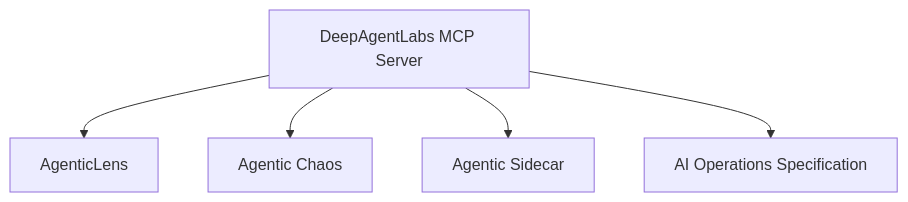
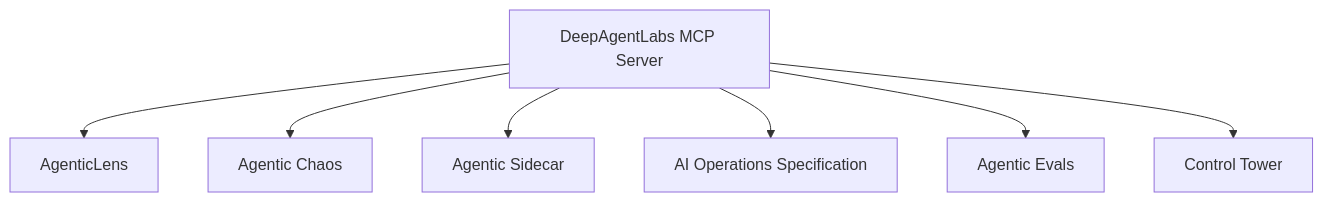
One commit to DeepAgentLabs/mcp-server changed the diagram in docs/integrations.md. Above: the diagram before and after it, drawn with Mermaid. The commit also changed other lines of this file and 7 other files, not shown here.

````diff
--- a/docs/integrations.md
+++ b/docs/integrations.md
@@ -66,7 +108,9 @@
 ```mermaid
 graph TD
     A[DeepAgentLabs MCP Server] --> B[AgenticLens]
     A --> C[Agentic Chaos]
     A --> D[Agentic Sidecar]
     A --> E[AI Operations Specification]
+    A --> F[Agentic Evals]
+    A --> G[Control Tower]
 ```
````
